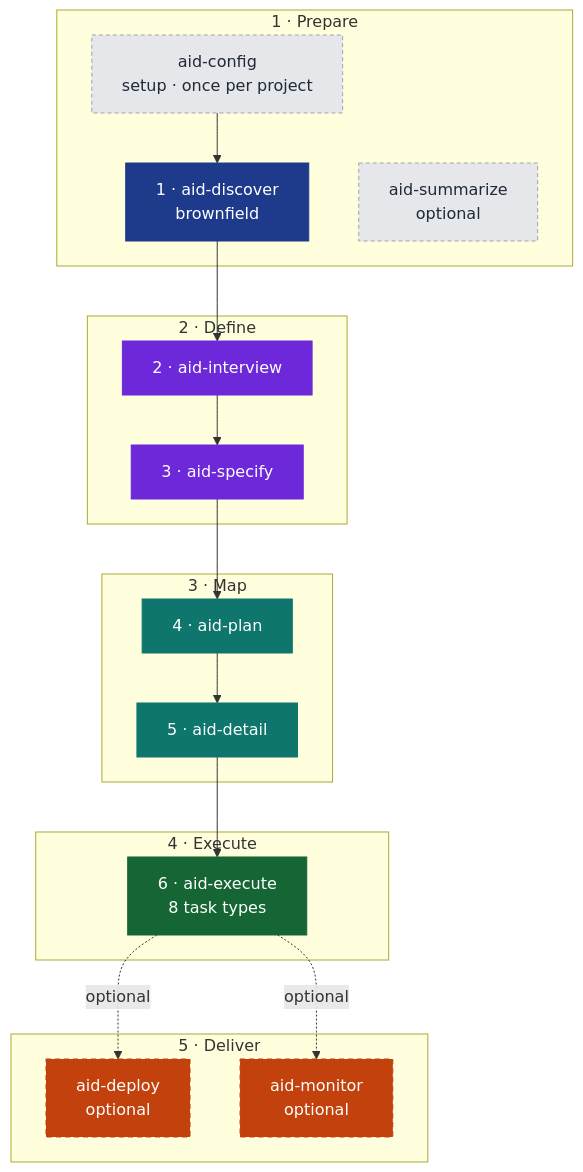
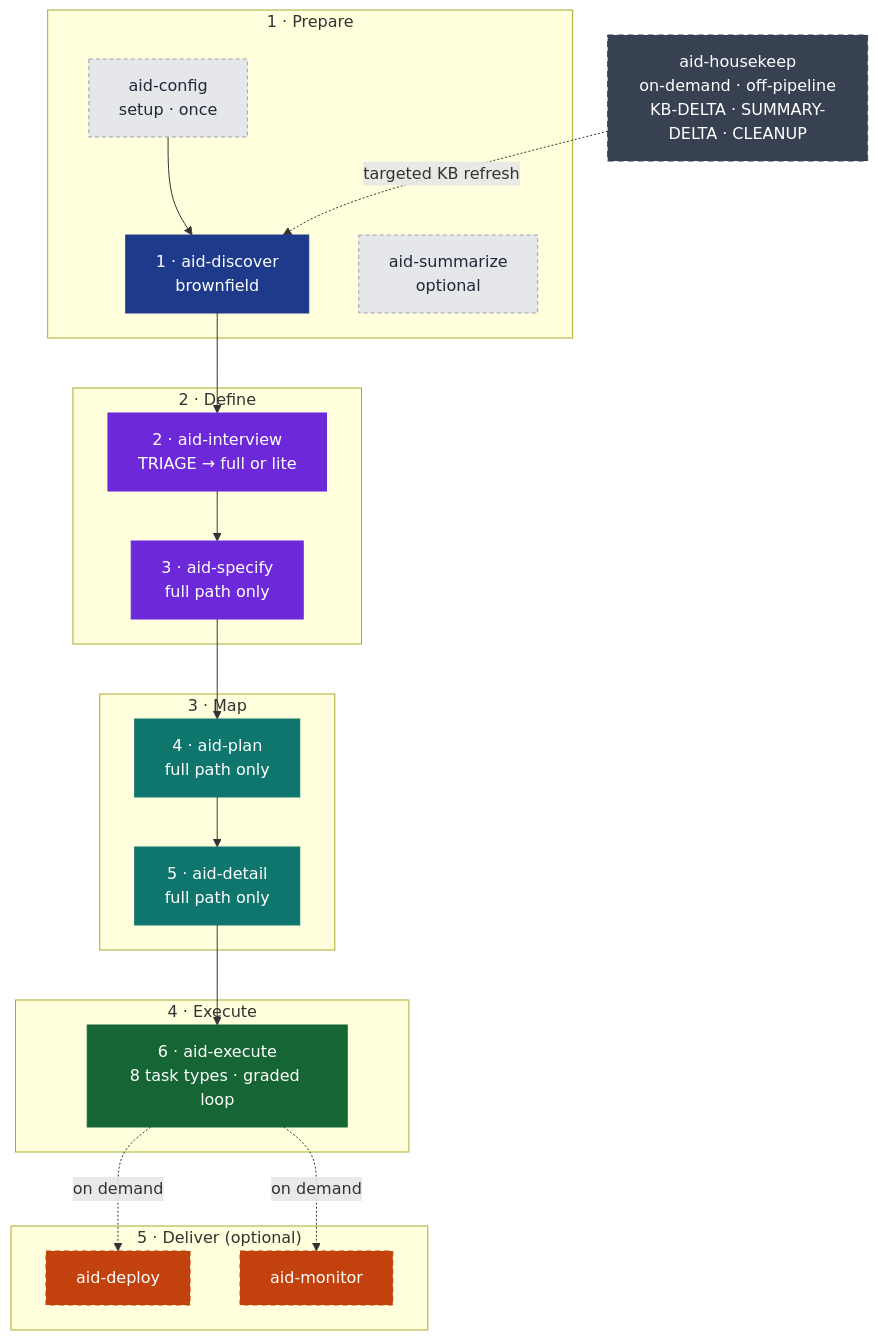
Before and after one commit to AndreVianna/aid-methodology: the first of 3 diagrams in README.md, drawn with Mermaid. The commit also changed other lines of this file and 4 other files, not shown here.

````diff
--- a/README.md
+++ b/README.md
@@ -64,35 +15,38 @@
 ```mermaid
 flowchart TB
-    classDef prep fill:#1E3A8A,stroke:#1E3A8A,color:#ffffff
-    classDef def fill:#6D28D9,stroke:#6D28D9,color:#ffffff
-    classDef map fill:#0F766E,stroke:#0F766E,color:#ffffff
-    classDef exe fill:#166534,stroke:#166534,color:#ffffff
-    classDef del fill:#C2410C,stroke:#C2410C,color:#ffffff
-    classDef aux fill:#E5E7EB,stroke:#9CA3AF,color:#1F2937,stroke-dasharray:4 3
-    classDef delopt fill:#C2410C,stroke:#C2410C,color:#ffffff,stroke-dasharray:5 4
+    classDef prep    fill:#1E3A8A,stroke:#1E3A8A,color:#ffffff
+    classDef def     fill:#6D28D9,stroke:#6D28D9,color:#ffffff
+    classDef map     fill:#0F766E,stroke:#0F766E,color:#ffffff
+    classDef exe     fill:#166534,stroke:#166534,color:#ffffff
+    classDef delopt  fill:#C2410C,stroke:#C2410C,color:#ffffff,stroke-dasharray:5 4
+    classDef aux     fill:#E5E7EB,stroke:#9CA3AF,color:#1F2937,stroke-dasharray:4 3
+    classDef offpipe fill:#374151,stroke:#374151,color:#ffffff,stroke-dasharray:6 4
 
     subgraph G1[" 1 · Prepare "]
-        Init["aid-config<br/>setup · once per project"]:::aux
+        Init["aid-config<br/>setup · once"]:::aux
         Disc["1 · aid-discover<br/>brownfield"]:::prep
         Sum["aid-summarize<br/>optional"]:::aux
     end
     subgraph G2[" 2 · Define "]
-        Intv["2 · aid-interview"]:::def
-        Spec["3 · aid-specify"]:::def
+        Intv["2 · aid-interview<br/>TRIAGE → full or lite"]:::def
+        Spec["3 · aid-specify<br/>full path only"]:::def
     end
     subgraph G3[" 3 · Map "]
-        Plan["4 · aid-plan"]:::map
-        Det["5 · aid-detail"]:::map
+        Plan["4 · aid-plan<br/>full path only"]:::map
+        Det["5 · aid-detail<br/>full path only"]:::map
     end
     subgraph G4[" 4 · Execute "]
-        Exe["6 · aid-execute<br/>8 task types"]:::exe
+        Exe["6 · aid-execute<br/>8 task types · graded loop"]:::exe
     end
-    subgraph G5[" 5 · Deliver "]
-        Dep["aid-deploy<br/>optional"]:::delopt
-        Mon["aid-monitor<br/>optional"]:::delopt
+    subgraph G5[" 5 · Deliver (optional) "]
+        Dep["aid-deploy"]:::delopt
+        Mon["aid-monitor"]:::delopt
     end
 
+    HK["aid-housekeep<br/>on-demand · off-pipeline<br/>KB-DELTA · SUMMARY-DELTA · CLEANUP"]:::offpipe
+
     Init --> Disc --> Intv --> Spec --> Plan --> Det --> Exe
-    Exe -. optional .-> Dep
-    Exe -. optional .-> Mon
+    Exe -. "on demand" .-> Dep
+    Exe -. "on demand" .-> Mon
+    HK  -. "targeted KB refresh" .-> Disc
 ```
````
